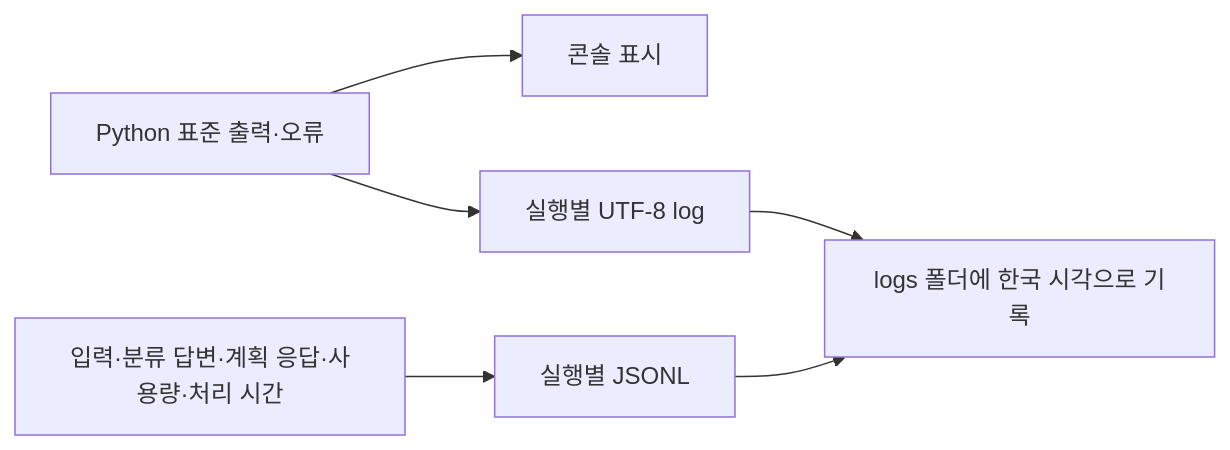
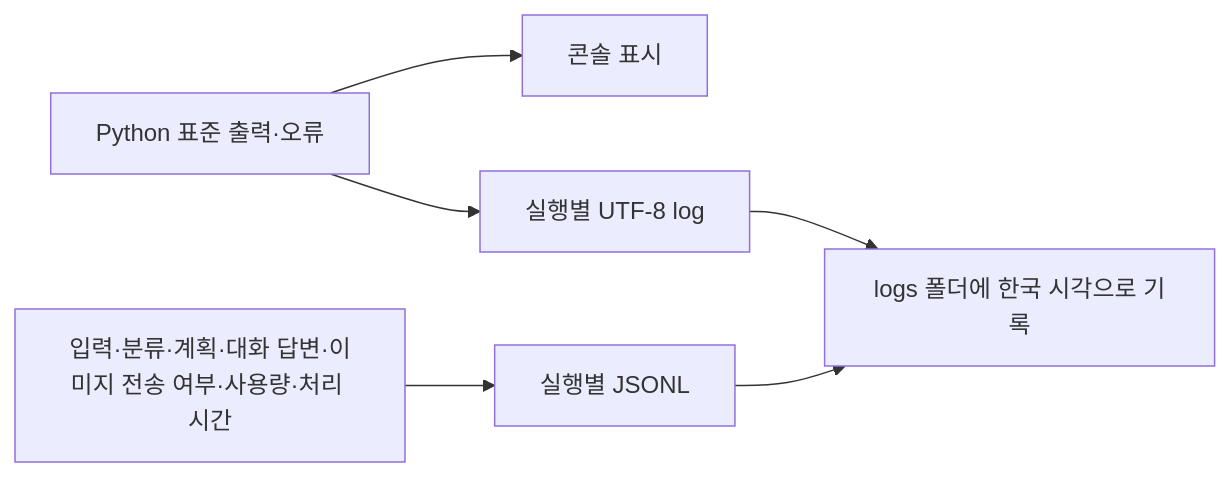
Before and after one commit to pyhearts/ROBOTPAL: the seventh of 7 diagrams in FLOWCHART.md, drawn with Mermaid. The commit also changed other lines of this file and 17 other files, not shown here.

````diff
--- a/FLOWCHART.md
+++ b/FLOWCHART.md
@@ -156,8 +165,8 @@
 ```mermaid
 flowchart LR
     A[Python 표준 출력·오류] --> B[콘솔 표시]
     A --> C[실행별 UTF-8 log]
-    D[입력·분류 답변·계획 응답·사용량·처리 시간] --> E[실행별 JSONL]
+    D[입력·분류·계획·대화 답변·이미지 전송 여부·사용량·처리 시간] --> E[실행별 JSONL]
     C --> F[logs 폴더에 한국 시각으로 기록]
     E --> F
 ```
````
